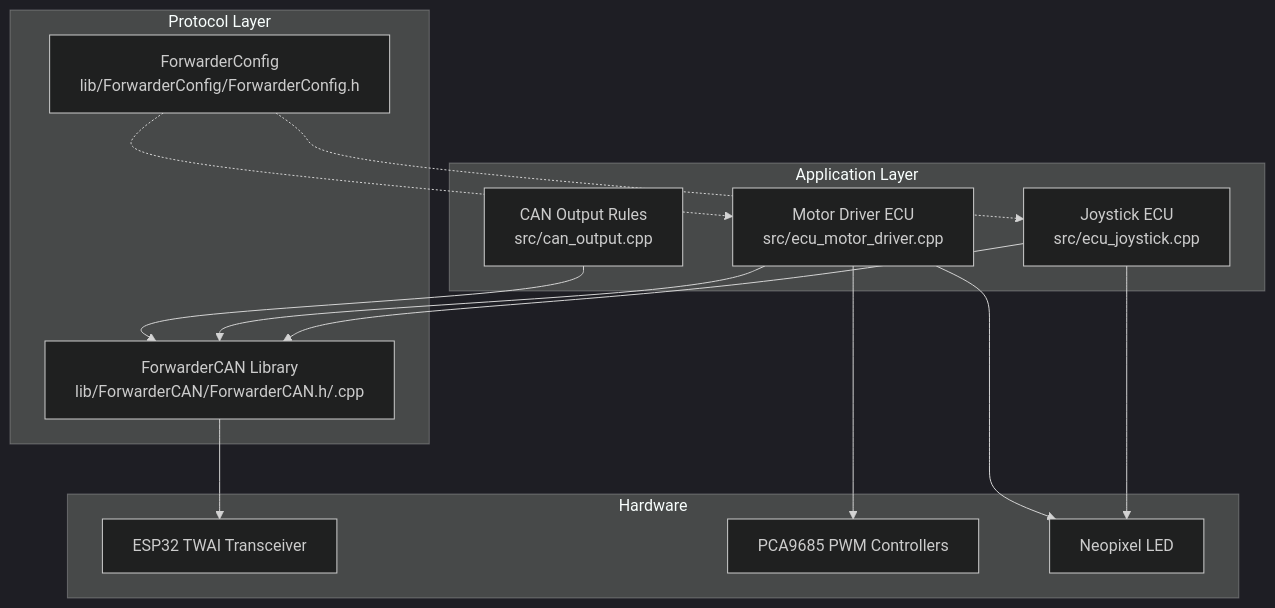
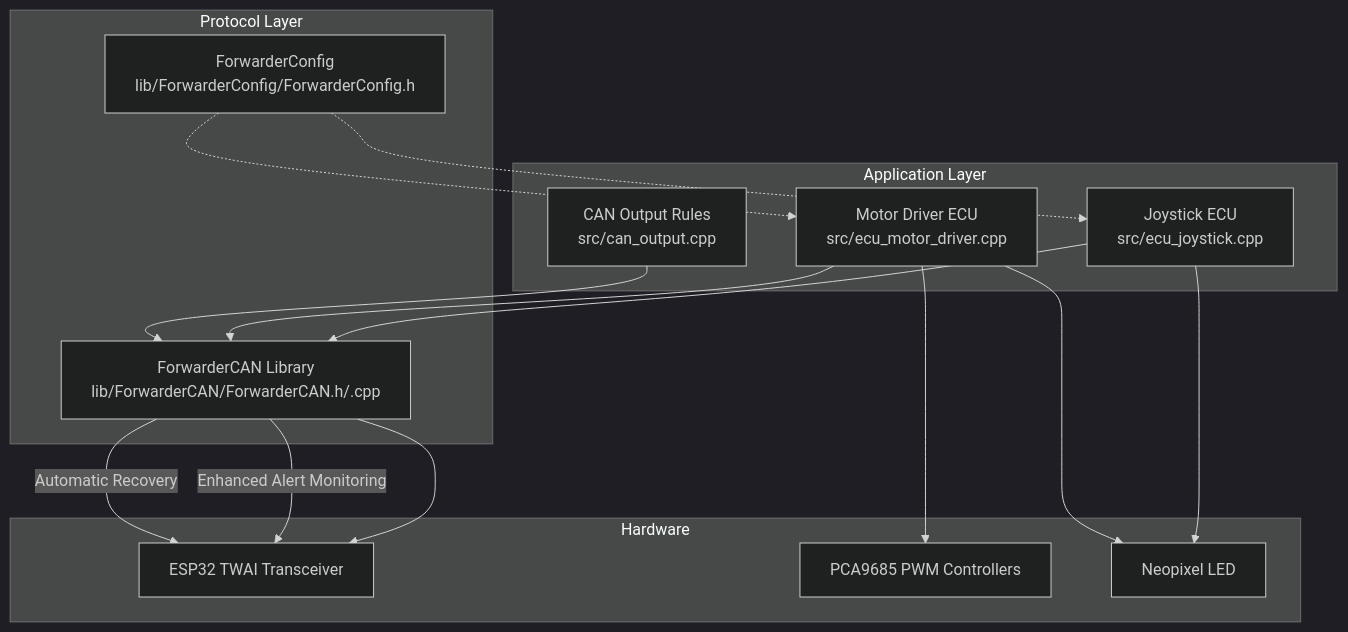
One commit to gunicsba/ESP_CAN_ECU_joystick_collection changed the first of 8 diagrams in .qoder/repowiki/en/content/CAN Protocol Implementation/CAN Protocol Implementation.md. Above: the diagram before and after it, drawn with Mermaid (dark theme). The commit also changed other lines of this file and 15 other files, not shown here.

````diff
--- a/.qoder/repowiki/en/content/CAN Protocol Implementation/CAN Protocol Implementation.md
+++ b/.qoder/repowiki/en/content/CAN Protocol Implementation/CAN Protocol Implementation.md
@@ -38,26 +48,28 @@
 ```mermaid
 graph TB
 subgraph "Application Layer"
 JS["Joystick ECU<br/>src/ecu_joystick.cpp"]
 MD["Motor Driver ECU<br/>src/ecu_motor_driver.cpp"]
 CO["CAN Output Rules<br/>src/can_output.cpp"]
 end
 subgraph "Protocol Layer"
 FC["ForwarderCAN Library<br/>lib/ForwarderCAN/ForwarderCAN.h/.cpp"]
 CFG["ForwarderConfig<br/>lib/ForwarderConfig/ForwarderConfig.h"]
 end
 subgraph "Hardware"
 CAN["ESP32 TWAI Transceiver"]
 PCA["PCA9685 PWM Controllers"]
 LED["Neopixel LED"]
 end
+FC --> CAN
+FC --> |"Enhanced Alert Monitoring"| CAN
+FC --> |"Automatic Recovery"| CAN
 JS --> FC
 MD --> FC
 CO --> FC
-FC --> CAN
 MD --> PCA
 JS --> LED
 MD --> LED
 CFG -.-> JS
 CFG -.-> MD
 ```
````
